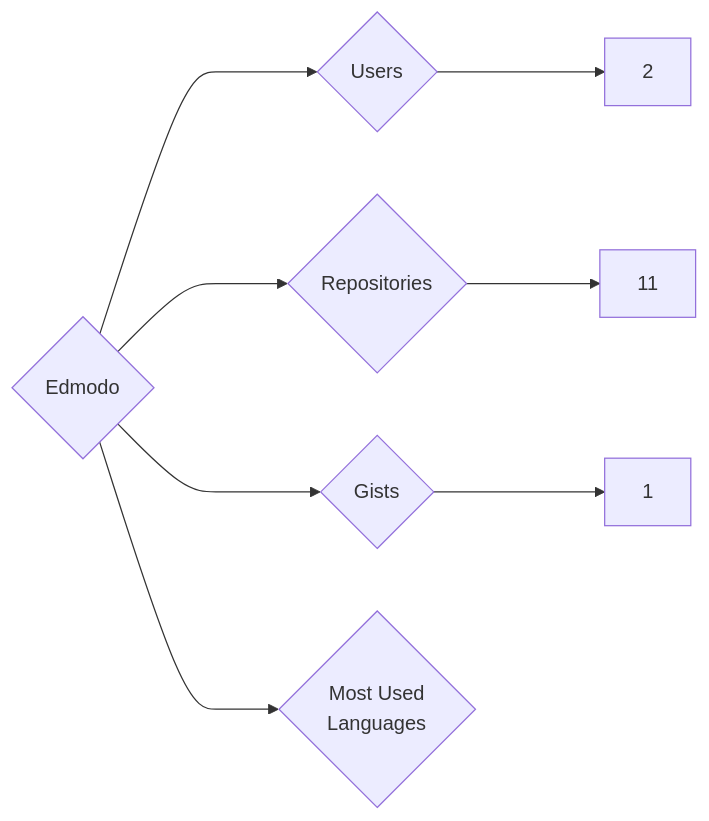
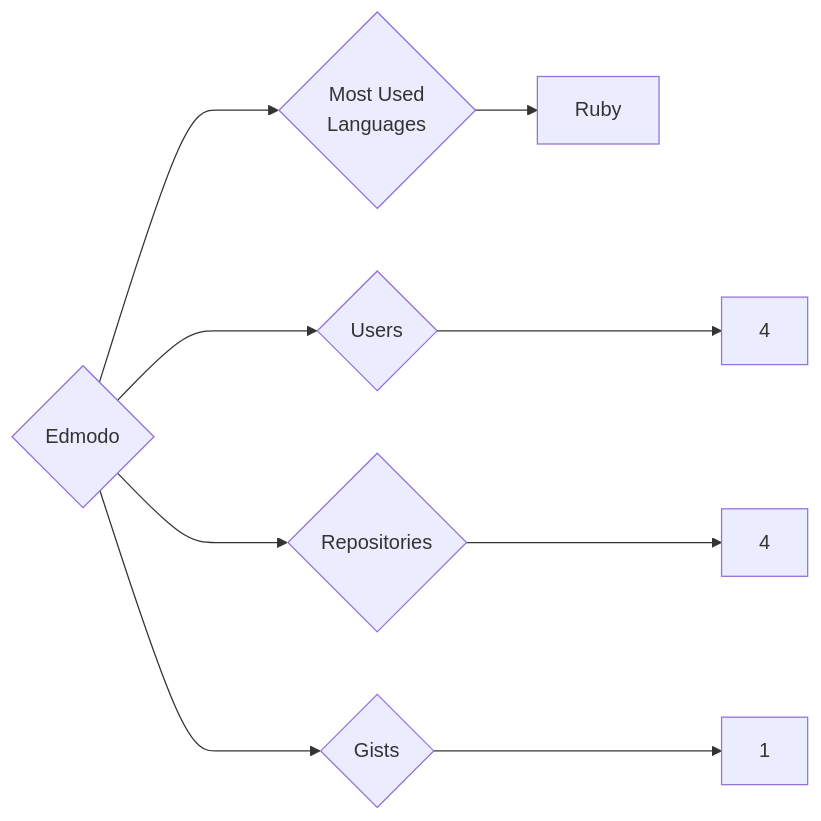
One commit to trickest/insiders changed the diagram in targets/Edmodo/README.md. Above: the diagram before and after it, drawn with Mermaid. The commit also changed 899 other files, not shown here.

````diff
--- a/targets/Edmodo/README.md
+++ b/targets/Edmodo/README.md
@@ -3,8 +3,9 @@
 ```mermaid
 graph LR
 COMPANY_NAME{Edmodo}
-COMPANY_NAME ---> U{Users} ---> UN[2]
-COMPANY_NAME ---> R{Repositories} ---> RN[11]
+COMPANY_NAME ---> U{Users} ---> UN[4]
+COMPANY_NAME ---> R{Repositories} ---> RN[4]
 COMPANY_NAME ---> G{Gists} ---> GN[1]
 COMPANY_NAME ---> ML{Most Used<br>Languages}
+ML --> Ruby[Ruby]
 ```
````
